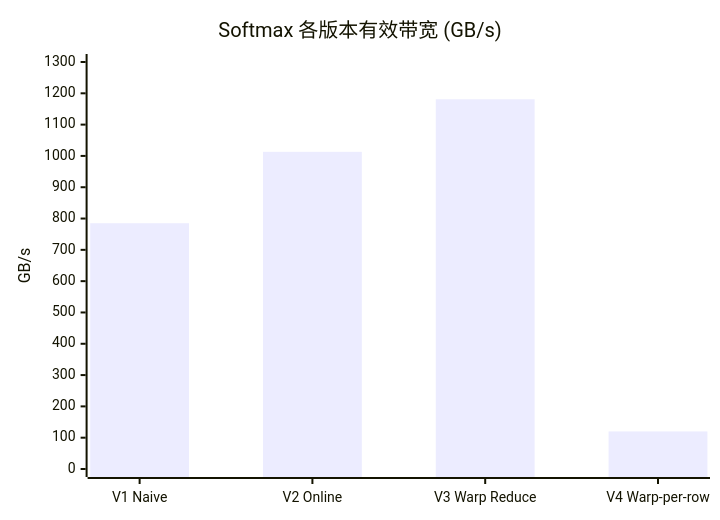
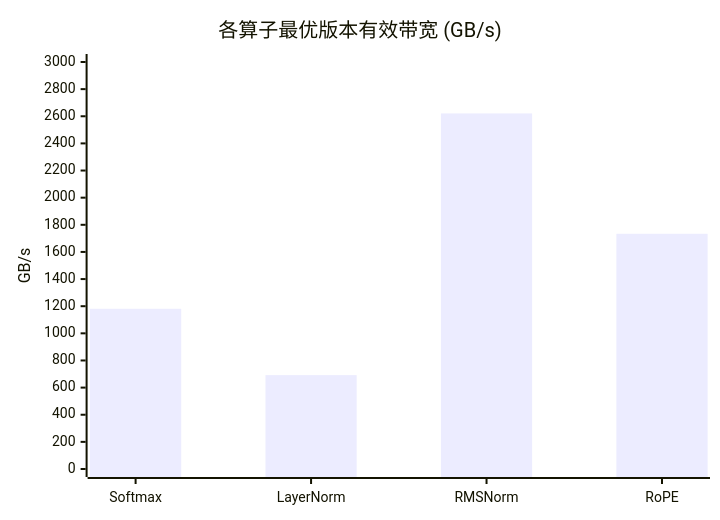
Before and after one commit to psmarter/CUDA-Practice: the diagram in Blogs/05_LLM_Ops_FlashAttention_and_Norms.md, drawn with Mermaid. The commit also changed other lines of this file and 28 other files, not shown here.

````diff
--- a/Blogs/05_LLM_Ops_FlashAttention_and_Norms.md
+++ b/Blogs/05_LLM_Ops_FlashAttention_and_Norms.md
@@ -289,7 +143,7 @@
 ```mermaid
 xychart-beta
-  title "Softmax 各版本有效带宽 (GB/s)"
-  x-axis ["V1 Naive", "V2 Online", "V3 Warp Reduce", "V4 Warp-per-row"]
-  y-axis "GB/s" 0 --> 1300
-  bar [785, 1013, 1181, 120]
+  title "各算子最优版本有效带宽 (GB/s)"
+  x-axis ["Softmax", "LayerNorm", "RMSNorm", "RoPE"]
+  y-axis "GB/s" 0 --> 3000
+  bar [1181, 692, 2621, 1734]
 ```
````
